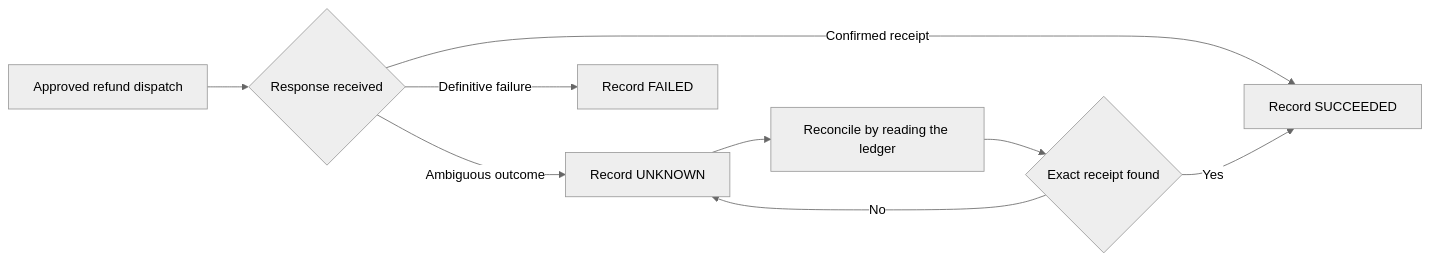
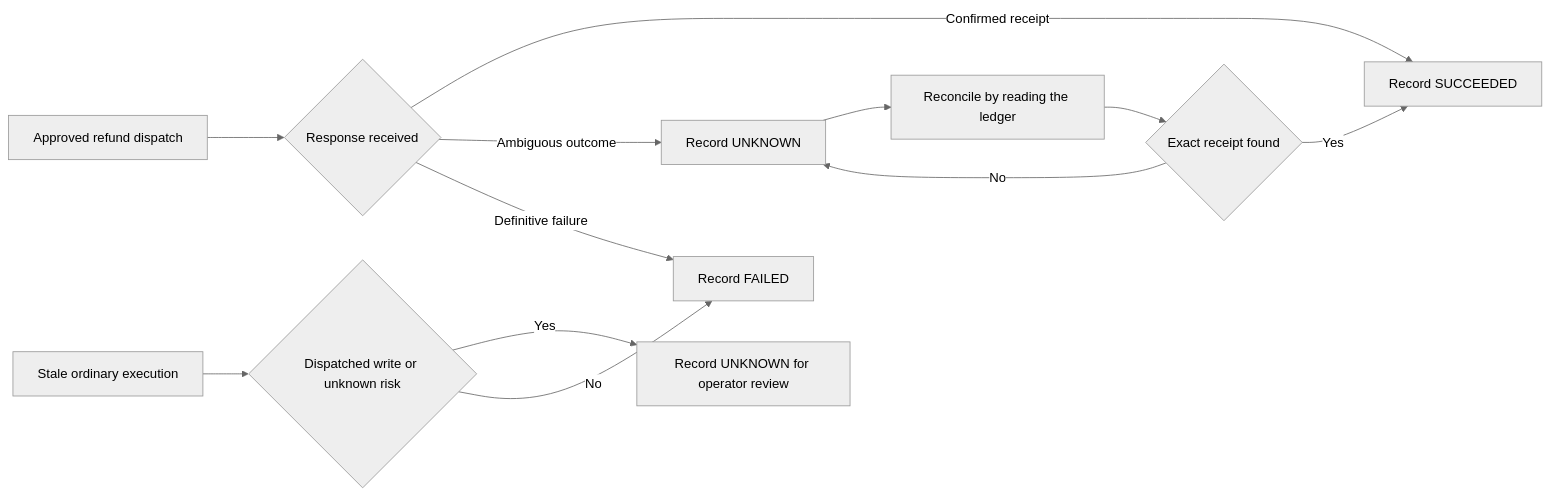
One commit to NagaRamya1531-tech/ToolMesh-AI changed the ninth of 11 diagrams in docs/architecture.md. Above: the diagram before and after it, drawn with Mermaid (neutral theme). The commit also changed other lines of this file and 34 other files, not shown here.

````diff
--- a/docs/architecture.md
+++ b/docs/architecture.md
@@ -256,11 +269,14 @@
 ```mermaid
 flowchart LR
     Write["Approved refund dispatch"] --> Result{"Response received"}
     Result -->|Confirmed receipt| Success["Record SUCCEEDED"]
     Result -->|Ambiguous outcome| Unknown["Record UNKNOWN"]
     Unknown --> Check["Reconcile by reading the ledger"]
     Check --> Match{"Exact receipt found"}
     Match -->|Yes| Success
     Match -->|No| Unknown
     Result -->|Definitive failure| Failed["Record FAILED"]
+    Stale["Stale ordinary execution"] --> Risk{"Dispatched write or unknown risk"}
+    Risk -->|Yes| Manual["Record UNKNOWN for operator review"]
+    Risk -->|No| Failed
 ```
````
